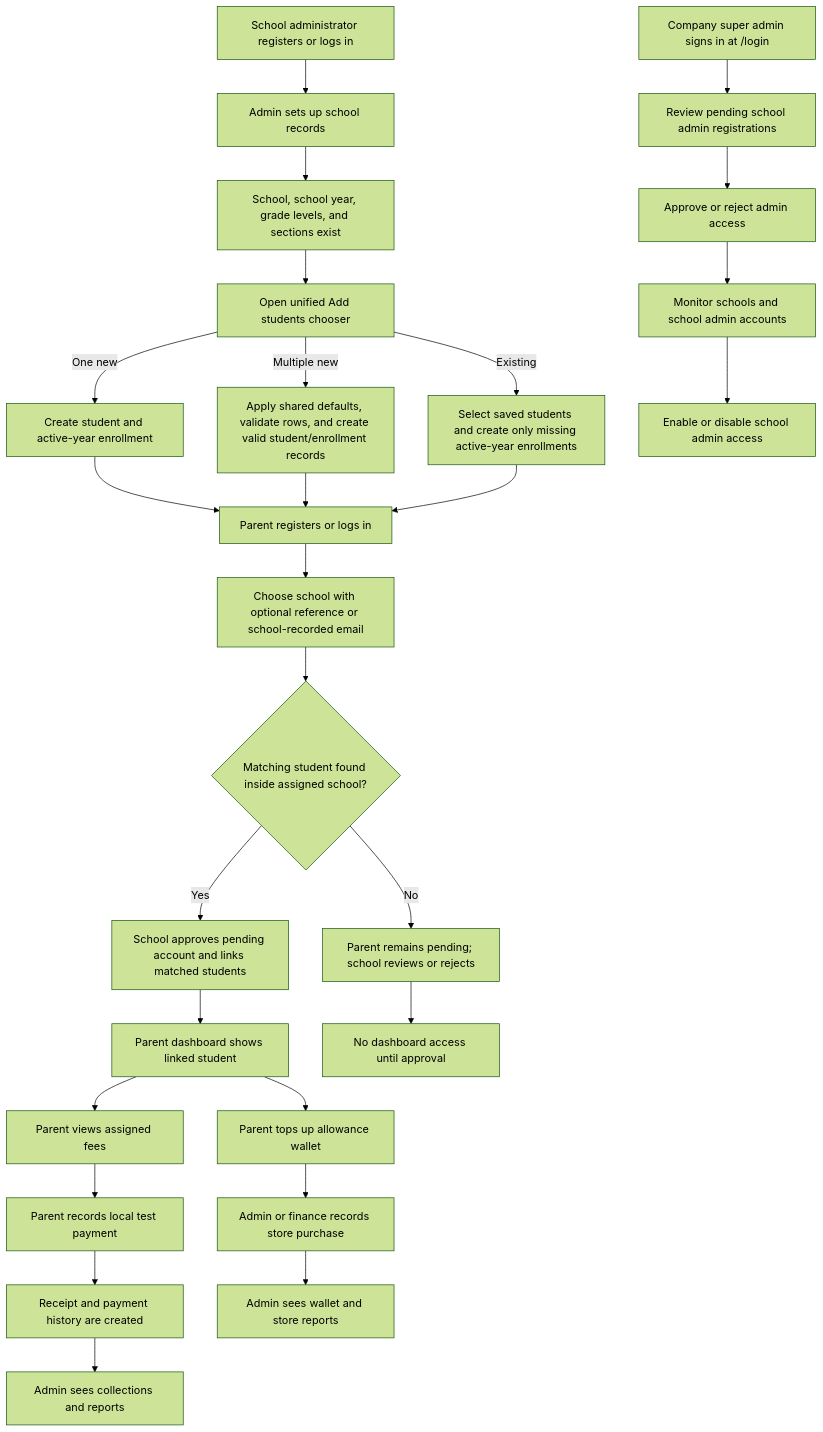
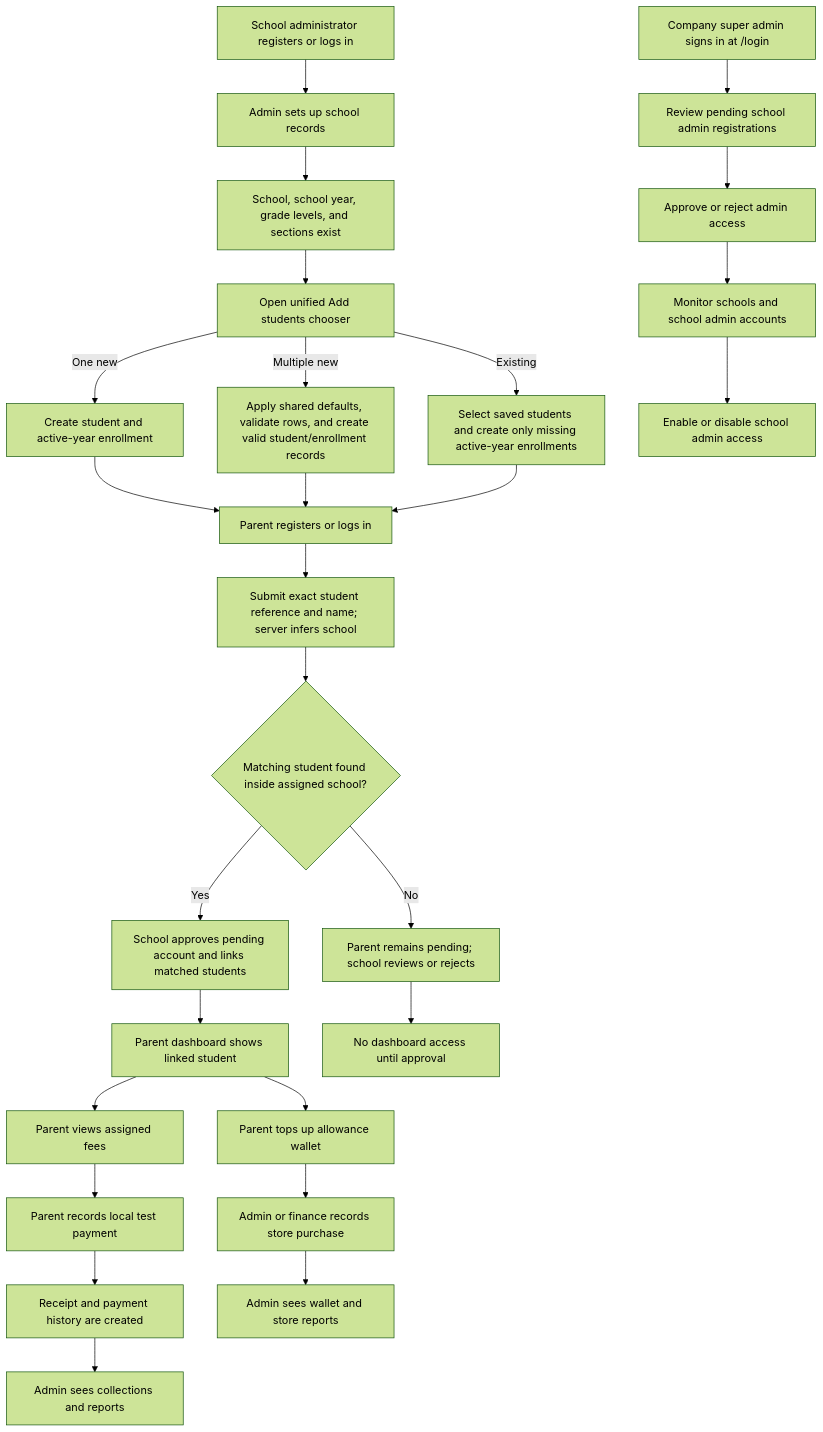
One commit to Xeyn19/xmetapay changed the second of 25 diagrams in docs/PROJECT_FLOWCHARTS.md. Above: the diagram before and after it, drawn with Mermaid (forest theme). The commit also changed other lines of this file and 32 other files, not shown here.

````diff
--- a/docs/PROJECT_FLOWCHARTS.md
+++ b/docs/PROJECT_FLOWCHARTS.md
@@ -103,32 +103,32 @@
 ```mermaid
 flowchart TD
   A["School administrator registers or logs in"] --> B["Admin sets up school records"]
   B --> C["School, school year, grade levels, and sections exist"]
   C --> D["Open unified Add students chooser"]
   D -->|One new| E["Create student and active-year enrollment"]
   D -->|Multiple new| F["Apply shared defaults, validate rows, and create valid student/enrollment records"]
   D -->|Existing| F1["Select saved students and create only missing active-year enrollments"]
   E --> G["Student gets official student_reference"]
   F --> G
   F1 --> G
 
-  G["Parent registers or logs in"] --> H["Choose school with optional reference or school-recorded email"]
+  G["Parent registers or logs in"] --> H["Submit exact student reference and name; server infers school"]
   H --> I{"Matching student found inside assigned school?"}
   I -->|Yes| J["School approves pending account and links matched students"]
   I -->|No| K["Parent remains pending; school reviews or rejects"]
   J --> L["Parent dashboard shows linked student"]
   K --> M["No dashboard access until approval"]
 
   L --> N["Parent views assigned fees"]
   N --> O["Parent records local test payment"]
   O --> P["Receipt and payment history are created"]
   L --> Q["Parent tops up allowance wallet"]
   Q --> R["Admin or finance records store purchase"]
 
   P --> S["Admin sees collections and reports"]
   R --> T["Admin sees wallet and store reports"]
   U["Company super admin signs in at /login"] --> V["Review pending school admin registrations"]
   V --> W["Approve or reject admin access"]
   W --> X["Monitor schools and school admin accounts"]
   X --> Y["Enable or disable school admin access"]
 ```
````
